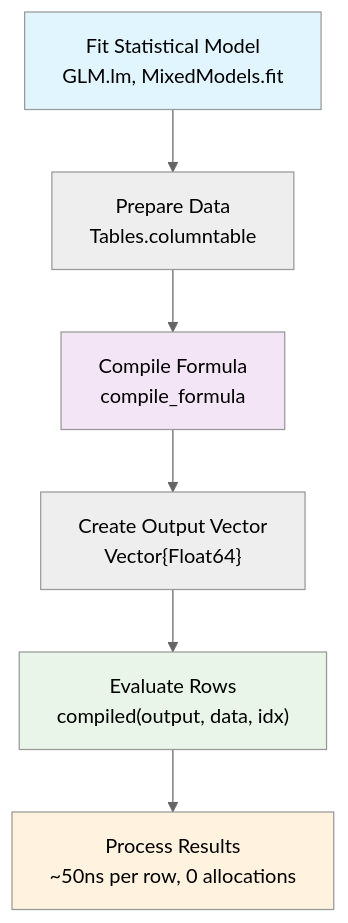
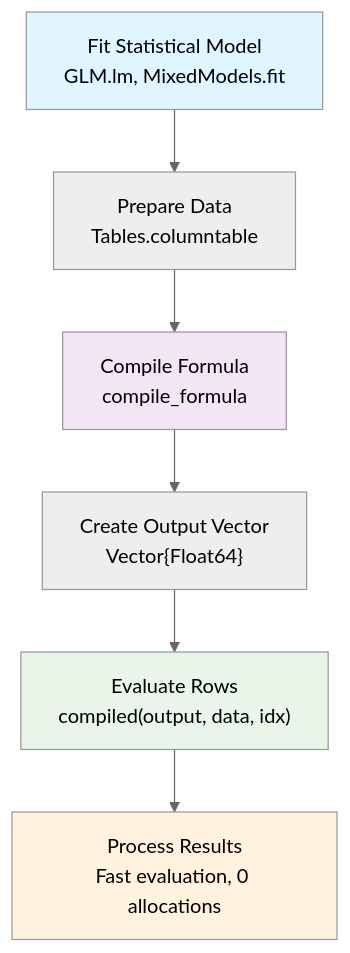
The first of 6 diagrams in DIAGRAMS.md (emfeltham/FormulaCompiler.jl), drawn with Mermaid (neutral theme) before and after one commit. The commit also changed 3 other files, not shown here.

Commit message:
diagrams

````diff
--- a/DIAGRAMS.md
+++ b/DIAGRAMS.md
@@ -10,13 +10,13 @@
 ```mermaid
 flowchart TD
     A["Fit Statistical Model<br>GLM.lm, MixedModels.fit"] --> B["Prepare Data<br>Tables.columntable"]
     B --> C["Compile Formula<br>compile_formula"] 
     C --> D["Create Output Vector<br>Vector{Float64}"]
     D --> E["Evaluate Rows<br>compiled(output, data, idx)"]
-    E --> F["Process Results<br>~50ns per row, 0 allocations"]
+    E --> F["Process Results<br>Fast evaluation, 0 allocations"]
     
     style A fill:#e1f5fe
     style C fill:#f3e5f5  
     style E fill:#e8f5e8
     style F fill:#fff3e0
 ```
````
